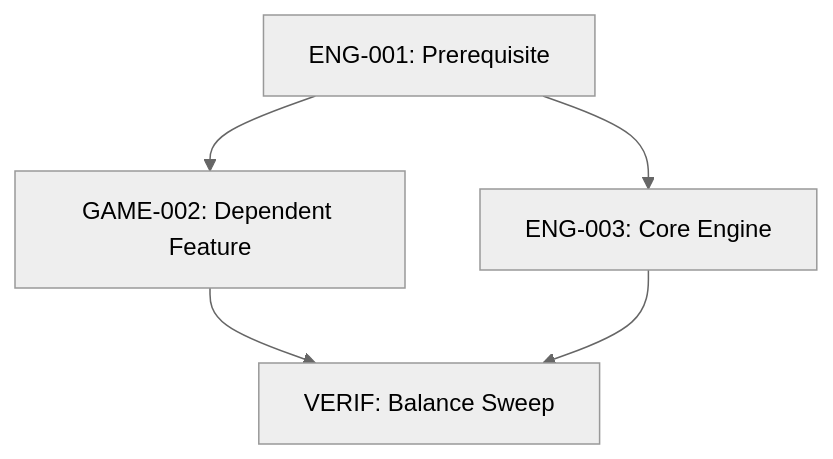
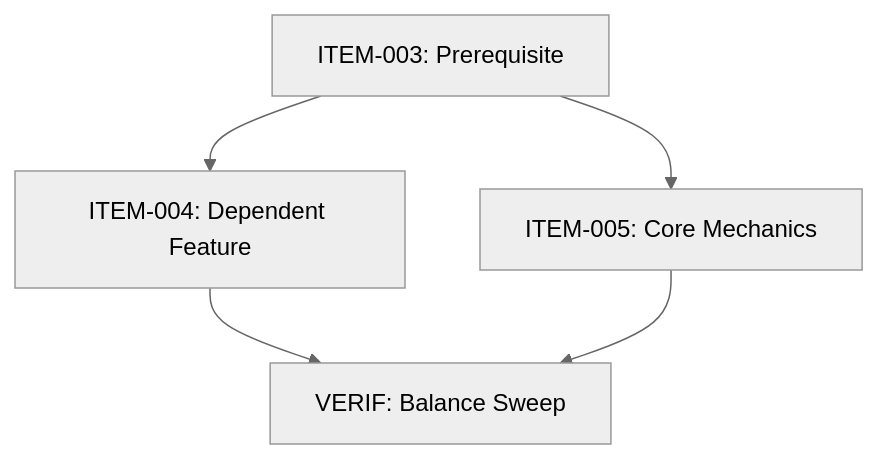
Before and after one commit to lordvlad/tictac: the diagram in docs/schemas/plan-template.md, drawn with Mermaid (neutral theme). The commit also changed other lines of this file and 31 other files, not shown here.

````diff
--- a/docs/schemas/plan-template.md
+++ b/docs/schemas/plan-template.md
@@ -33,7 +32,7 @@
 ```mermaid
 graph TD
-    A[ENG-001: Prerequisite] --> B[GAME-002: Dependent Feature]
-    A --> C[ENG-003: Core Engine]
+    A[ITEM-003: Prerequisite] --> B[ITEM-004: Dependent Feature]
+    A --> C[ITEM-005: Core Mechanics]
     B --> D[VERIF: Balance Sweep]
     C --> D
 ```
````
